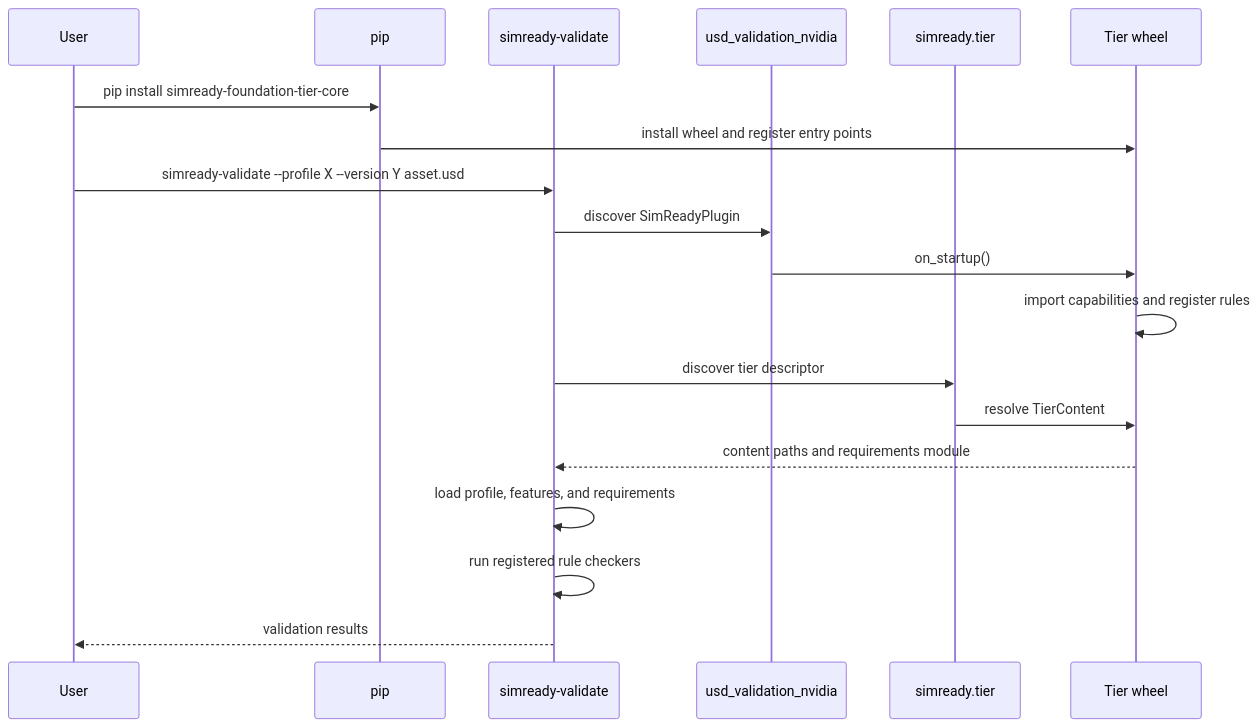
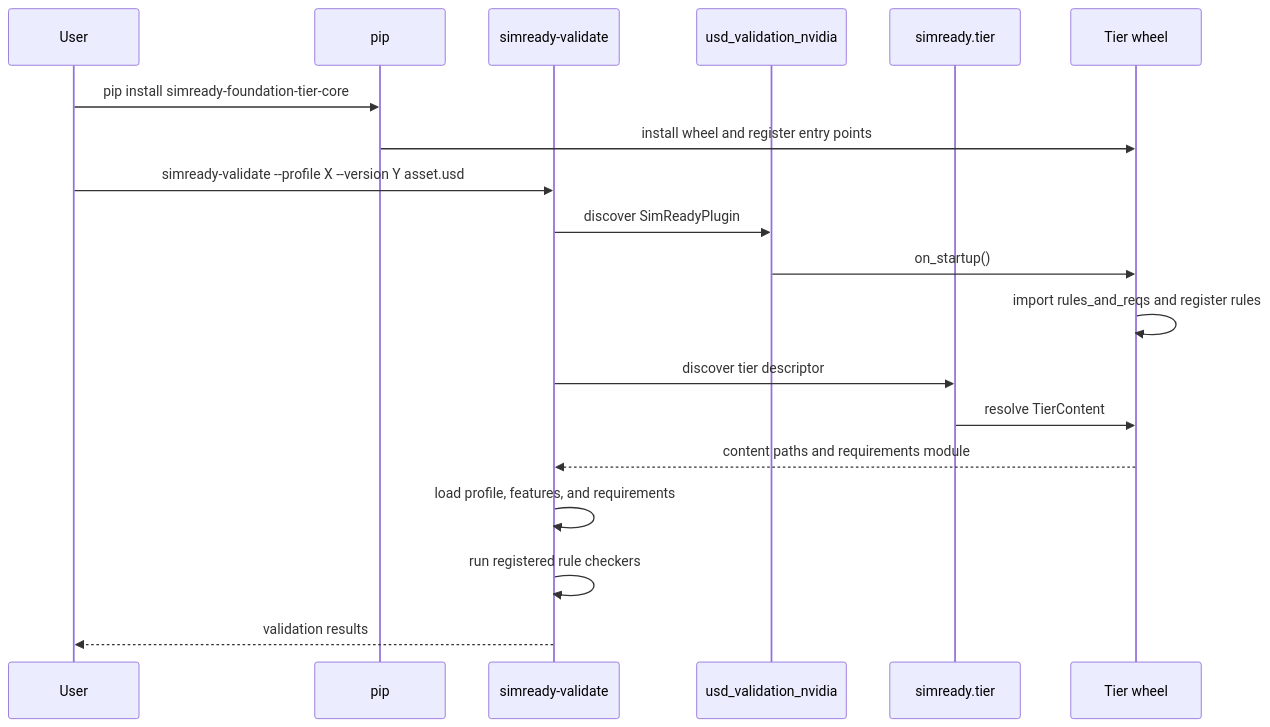
One commit to NVIDIA/simready-foundation changed the diagram in nv_core/sr_specs/docs/guides/foundation_pypi.md. Above: the diagram before and after it, drawn with Mermaid. The commit also changed other lines of this file and 3978 other files, not shown here.

````diff
--- a/nv_core/sr_specs/docs/guides/foundation_pypi.md
+++ b/nv_core/sr_specs/docs/guides/foundation_pypi.md
@@ -169,23 +256,23 @@
 ```{mermaid}
 sequenceDiagram
     participant User
     participant pip
     participant CLI as simready-validate
     participant Plugin as usd_validation_nvidia
     participant TierEP as simready.tier
     participant Wheel as Tier wheel
 
     User->>pip: pip install simready-foundation-tier-core
     pip->>Wheel: install wheel and register entry points
 
     User->>CLI: simready-validate --profile X --version Y asset.usd
     CLI->>Plugin: discover SimReadyPlugin
     Plugin->>Wheel: on_startup()
-    Wheel->>Wheel: import capabilities and register rules
+    Wheel->>Wheel: import rules_and_reqs and register rules
     CLI->>TierEP: discover tier descriptor
     TierEP->>Wheel: resolve TierContent
     Wheel-->>CLI: content paths and requirements module
     CLI->>CLI: load profile, features, and requirements
     CLI->>CLI: run registered rule checkers
     CLI-->>User: validation results
 ```
````
